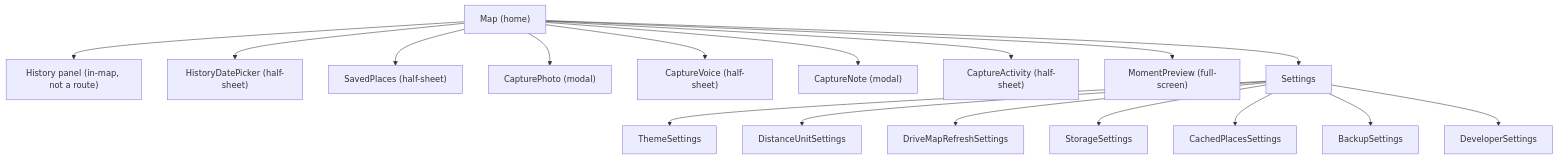
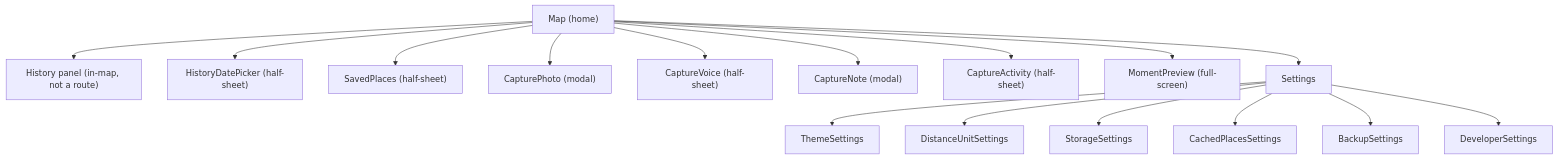
One commit to SandeepSagarPanjala/LifeMap changed diagram 14 of 14 in docs/PROJECT_GUIDE.md. Above: the diagram before and after it, drawn with Mermaid. The commit also changed 28 other files, not shown here.

First line of the commit message:
Enable continuous drive follow and shared Settings chrome.

````diff
--- a/docs/PROJECT_GUIDE.md
+++ b/docs/PROJECT_GUIDE.md
@@ -1069,20 +1069,19 @@
 ```mermaid
 flowchart TD
   MAP["Map (home)"]
   MAP --> HIST["History panel (in-map, not a route)"]
   MAP --> DATE["HistoryDatePicker (half-sheet)"]
   MAP --> PLACES["SavedPlaces (half-sheet)"]
   MAP --> CAM["CapturePhoto (modal)"]
   MAP --> VOICE["CaptureVoice (half-sheet)"]
   MAP --> NOTE["CaptureNote (modal)"]
   MAP --> ACT["CaptureActivity (half-sheet)"]
   MAP --> PREVIEW["MomentPreview (full-screen)"]
   MAP --> SET["Settings"]
   SET --> THEME["ThemeSettings"]
   SET --> UNIT["DistanceUnitSettings"]
-  SET --> DRIVE["DriveMapRefreshSettings"]
   SET --> STORAGE["StorageSettings"]
   SET --> CACHED["CachedPlacesSettings"]
   SET --> BACKUP["BackupSettings"]
   SET --> DEV["DeveloperSettings"]
 ```
````
